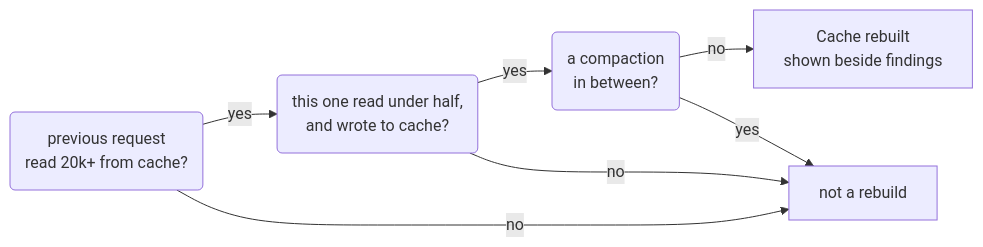
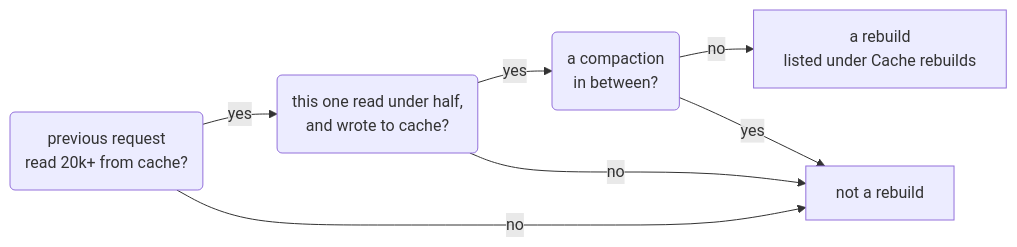
The diagram in site/src/diagrams/cache-rebuilds.mmd (vibesenpai/vibesenpai), drawn with Mermaid before and after one commit. The commit also changed 56 other files, not shown here.

```diff
--- a/site/src/diagrams/cache-rebuilds.mmd
+++ b/site/src/diagrams/cache-rebuilds.mmd
@@ -1,7 +1,7 @@
 flowchart LR
   P("previous request<br/>read 20k+ from cache?") -- yes --> H("this one read under half,<br/>and wrote to cache?")
   H -- yes --> CP("a compaction<br/>in between?")
-  CP -- no --> RB["Cache rebuilt<br/>shown beside findings"]
+  CP -- no --> RB["a rebuild<br/>listed under Cache rebuilds"]
   P -- no --> N["not a rebuild"]
   H -- no --> N
   CP -- yes --> N
```
